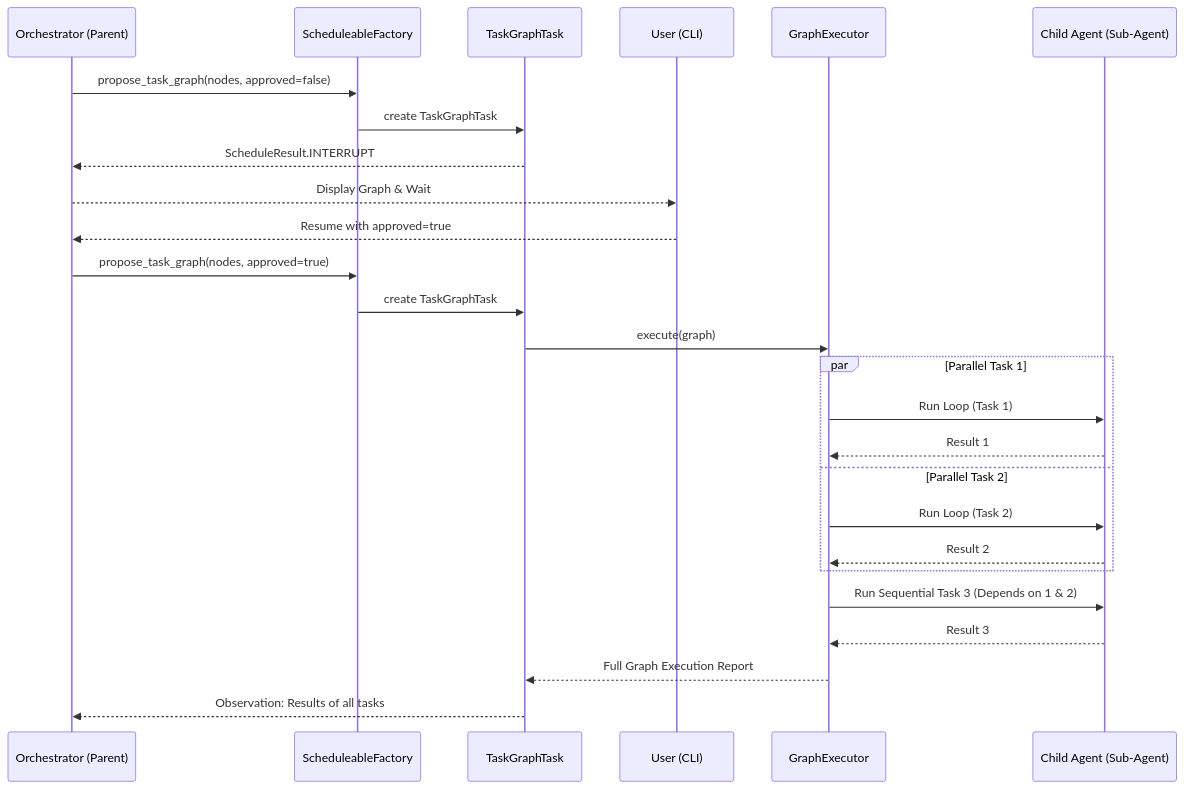
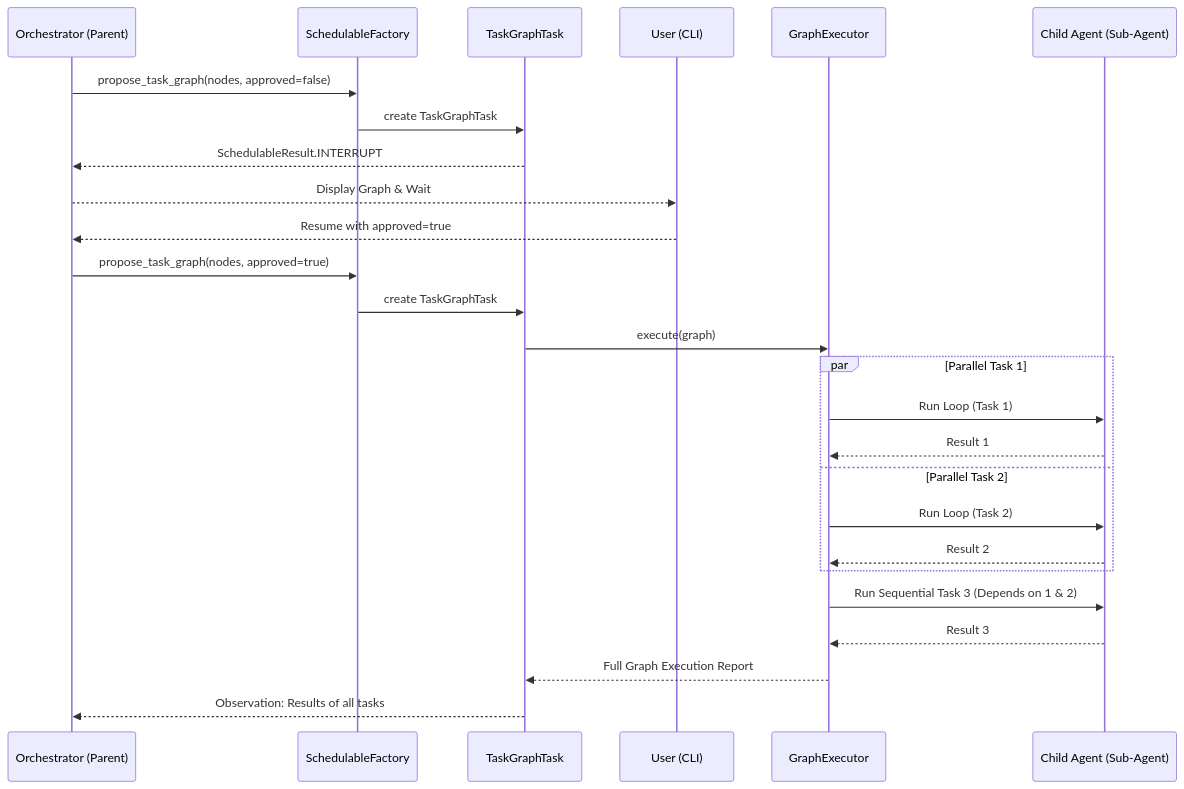
Before and after one commit to stream-iori/ganglia: the diagram in docs/SUB_AGENT_GRAPH_DESIGN.md, drawn with Mermaid. The commit also changed other lines of this file and 38 other files, not shown here.

````diff
--- a/docs/SUB_AGENT_GRAPH_DESIGN.md
+++ b/docs/SUB_AGENT_GRAPH_DESIGN.md
@@ -44,29 +44,29 @@
 ```mermaid
 sequenceDiagram
     participant P as Orchestrator (Parent)
-    participant F as ScheduleableFactory
+    participant F as SchedulableFactory
     participant T as TaskGraphTask
     participant U as User (CLI)
     participant E as GraphExecutor
     participant C as Child Agent (Sub-Agent)
 
     P->>F: propose_task_graph(nodes, approved=false)
     F->>T: create TaskGraphTask
-    T-->>P: ScheduleResult.INTERRUPT
+    T-->>P: SchedulableResult.INTERRUPT
     P-->>U: Display Graph & Wait
     U-->>P: Resume with approved=true
     P->>F: propose_task_graph(nodes, approved=true)
     F->>T: create TaskGraphTask
     T->>E: execute(graph)
     par Parallel Task 1
         E->>C: Run Loop (Task 1)
         C-->>E: Result 1
     and Parallel Task 2
         E->>C: Run Loop (Task 2)
         C-->>E: Result 2
     end
     E->>C: Run Sequential Task 3 (Depends on 1 & 2)
     C-->>E: Result 3
     E-->>T: Full Graph Execution Report
     T-->>P: Observation: Results of all tasks
 ```
````
